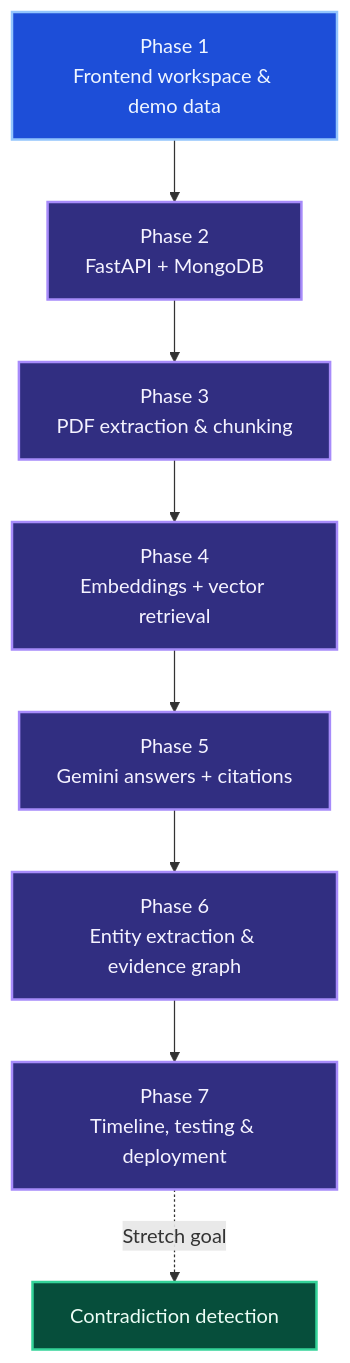
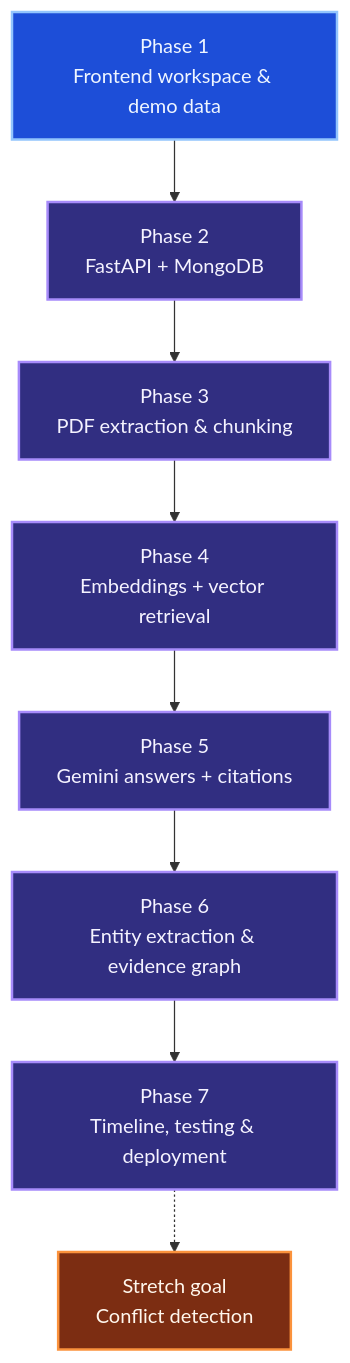
The ninth of 9 diagrams in README.md (shauryaprajapati005-bit/RAG-Model), drawn with Mermaid before and after one commit. The commit also changed other lines of this file, not shown here.

````diff
--- a/README.md
+++ b/README.md
@@ -562,17 +706,17 @@
-``` mermaid
+```mermaid
 flowchart TD
     A["Phase 1<br/>Frontend workspace & demo data"] --> B["Phase 2<br/>FastAPI + MongoDB"]
     B --> C["Phase 3<br/>PDF extraction & chunking"]
     C --> D["Phase 4<br/>Embeddings + vector retrieval"]
     D --> E["Phase 5<br/>Gemini answers + citations"]
     E --> F["Phase 6<br/>Entity extraction & evidence graph"]
     F --> G["Phase 7<br/>Timeline, testing & deployment"]
-    G -. "Stretch goal" .-> H["Contradiction detection"]
+    G -.-> H["Stretch goal<br/>Conflict detection"]
 
-    classDef done fill:#064E3B,stroke:#34D399,color:#ECFDF5,stroke-width:2px
     classDef active fill:#1D4ED8,stroke:#93C5FD,color:#EFF6FF,stroke-width:2px
     classDef future fill:#312E81,stroke:#A78BFA,color:#F5F3FF,stroke-width:2px
+    classDef stretch fill:#7C2D12,stroke:#FB923C,color:#FFF7ED,stroke-width:2px
     class A active
     class B,C,D,E,F,G future
-    class H done
+    class H stretch
 ```
````
